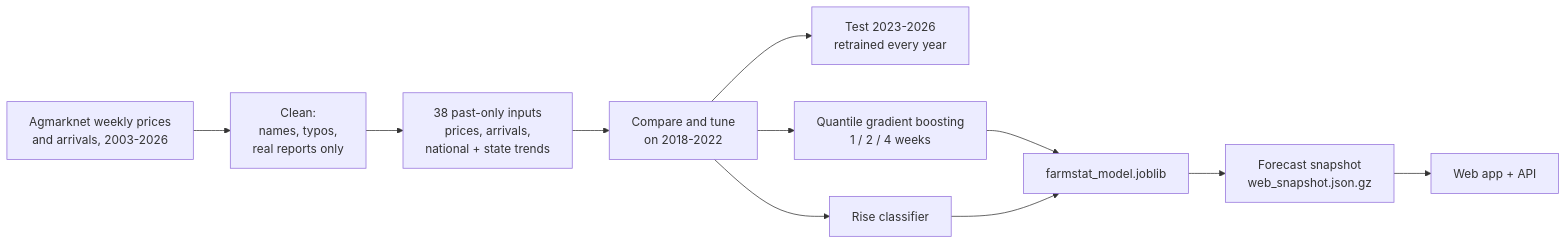
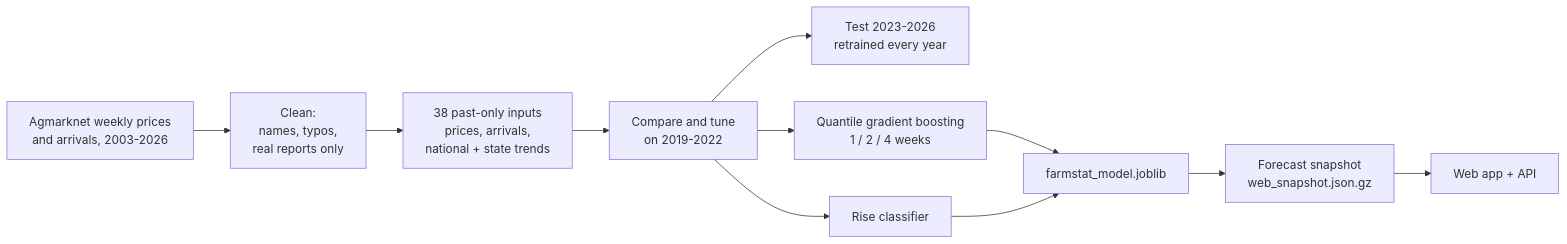
Before and after one commit to Iamshi-vissa/FarmStat: the first of 3 diagrams in README.md, drawn with Mermaid. The commit also changed other lines of this file and 54 other files, not shown here.

````diff
--- a/README.md
+++ b/README.md
@@ -183,13 +225,13 @@
 ```mermaid
 flowchart LR
     P[Agmarknet weekly prices<br/>and arrivals, 2003-2026] --> C[Clean:<br/>names, typos,<br/>real reports only]
     C --> F[38 past-only inputs<br/>prices, arrivals,<br/>national + state trends]
-    F --> V[Compare and tune<br/>on 2018-2022]
+    F --> V[Compare and tune<br/>on 2019-2022]
     V --> T[Test 2023-2026<br/>retrained every year]
     V --> Q[Quantile gradient boosting<br/>1 / 2 / 4 weeks]
     V --> R[Rise classifier]
     Q --> M[farmstat_model.joblib]
     R --> M
     M --> S[Forecast snapshot<br/>web_snapshot.json.gz]
     S --> A[Web app + API]
 ```
````
